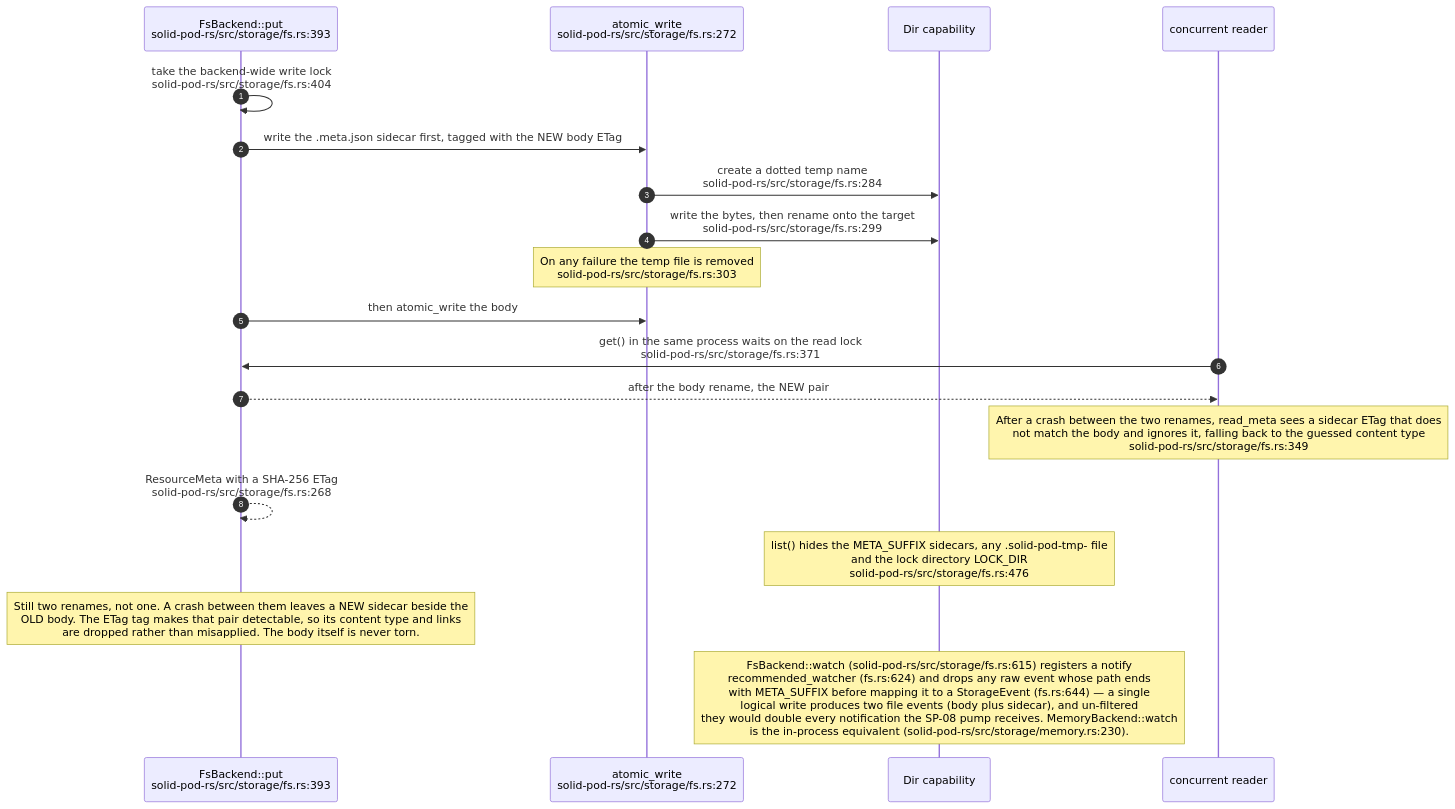
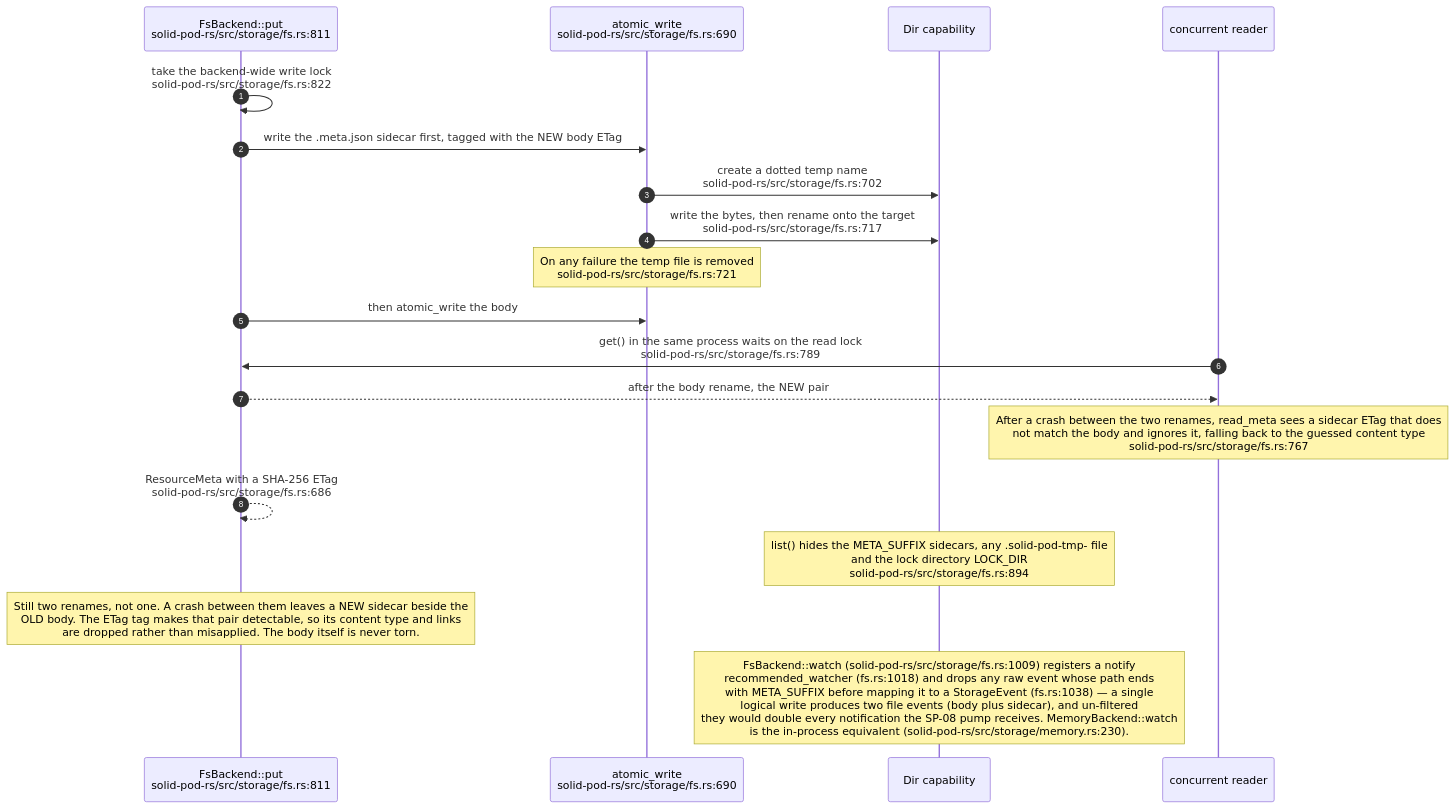
One commit to DreamLab-AI/VisionFlow changed the fourth of 13 diagrams in docs/diagrams/solid-pod-rs/06-storage-quota-and-git-pods.md. Above: the diagram before and after it, drawn with Mermaid. The commit also changed other lines of this file and 3 other files, not shown here.

First line of the commit message:
docs(diagrams): solid-pod-rs pass B at solid-pod-rs b91de60 (#19, #20, #21)

````diff
--- a/docs/diagrams/solid-pod-rs/06-storage-quota-and-git-pods.md
+++ b/docs/diagrams/solid-pod-rs/06-storage-quota-and-git-pods.md
@@ -124,23 +125,23 @@
 ```mermaid
 sequenceDiagram
     autonumber
-    participant W as FsBackend::put<br/>solid-pod-rs/src/storage/fs.rs:393
-    participant A as atomic_write<br/>solid-pod-rs/src/storage/fs.rs:272
+    participant W as FsBackend::put<br/>solid-pod-rs/src/storage/fs.rs:811
+    participant A as atomic_write<br/>solid-pod-rs/src/storage/fs.rs:690
     participant D as Dir capability
     participant R as concurrent reader
 
-    W->>W: take the backend-wide write lock<br/>solid-pod-rs/src/storage/fs.rs:404
+    W->>W: take the backend-wide write lock<br/>solid-pod-rs/src/storage/fs.rs:822
     W->>A: write the .meta.json sidecar first, tagged with the NEW body ETag
-    A->>D: create a dotted temp name<br/>solid-pod-rs/src/storage/fs.rs:284
-    A->>D: write the bytes, then rename onto the target<br/>solid-pod-rs/src/storage/fs.rs:299
-    Note over A: On any failure the temp file is removed<br/>solid-pod-rs/src/storage/fs.rs:303
+    A->>D: create a dotted temp name<br/>solid-pod-rs/src/storage/fs.rs:702
+    A->>D: write the bytes, then rename onto the target<br/>solid-pod-rs/src/storage/fs.rs:717
+    Note over A: On any failure the temp file is removed<br/>solid-pod-rs/src/storage/fs.rs:721
     W->>A: then atomic_write the body
-    R->>W: get() in the same process waits on the read lock<br/>solid-pod-rs/src/storage/fs.rs:371
+    R->>W: get() in the same process waits on the read lock<br/>solid-pod-rs/src/storage/fs.rs:789
     W-->>R: after the body rename, the NEW pair
-    Note over R: After a crash between the two renames, read_meta sees a sidecar ETag that does<br/>not match the body and ignores it, falling back to the guessed content type<br/>solid-pod-rs/src/storage/fs.rs:349
-    W-->>W: ResourceMeta with a SHA-256 ETag<br/>solid-pod-rs/src/storage/fs.rs:268
+    Note over R: After a crash between the two renames, read_meta sees a sidecar ETag that does<br/>not match the body and ignores it, falling back to the guessed content type<br/>solid-pod-rs/src/storage/fs.rs:767
+    W-->>W: ResourceMeta with a SHA-256 ETag<br/>solid-pod-rs/src/storage/fs.rs:686
 
-    Note over D: list() hides the META_SUFFIX sidecars, any .solid-pod-tmp- file<br/>and the lock directory LOCK_DIR<br/>solid-pod-rs/src/storage/fs.rs:476
+    Note over D: list() hides the META_SUFFIX sidecars, any .solid-pod-tmp- file<br/>and the lock directory LOCK_DIR<br/>solid-pod-rs/src/storage/fs.rs:894
     Note over W: Still two renames, not one. A crash between them leaves a NEW sidecar beside the<br/>OLD body. The ETag tag makes that pair detectable, so its content type and links<br/>are dropped rather than misapplied. The body itself is never torn.
-    Note over D: FsBackend::watch (solid-pod-rs/src/storage/fs.rs:615) registers a notify<br/>recommended_watcher (fs.rs:624) and drops any raw event whose path ends<br/>with META_SUFFIX before mapping it to a StorageEvent (fs.rs:644) — a single<br/>logical write produces two file events (body plus sidecar), and un-filtered<br/>they would double every notification the SP-08 pump receives. MemoryBackend::watch<br/>is the in-process equivalent (solid-pod-rs/src/storage/memory.rs:230).
+    Note over D: FsBackend::watch (solid-pod-rs/src/storage/fs.rs:1009) registers a notify<br/>recommended_watcher (fs.rs:1018) and drops any raw event whose path ends<br/>with META_SUFFIX before mapping it to a StorageEvent (fs.rs:1038) — a single<br/>logical write produces two file events (body plus sidecar), and un-filtered<br/>they would double every notification the SP-08 pump receives. MemoryBackend::watch<br/>is the in-process equivalent (solid-pod-rs/src/storage/memory.rs:230).
 ```
````
